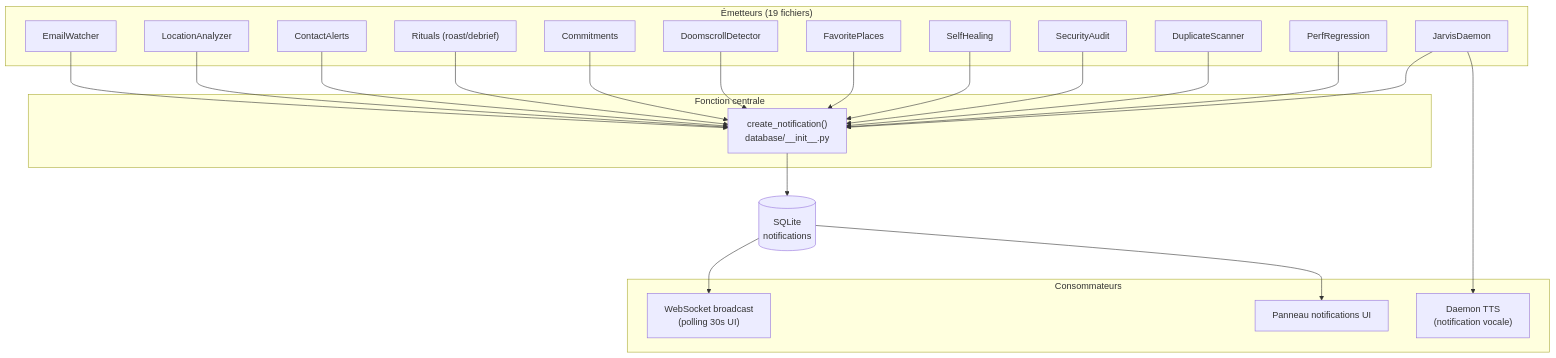
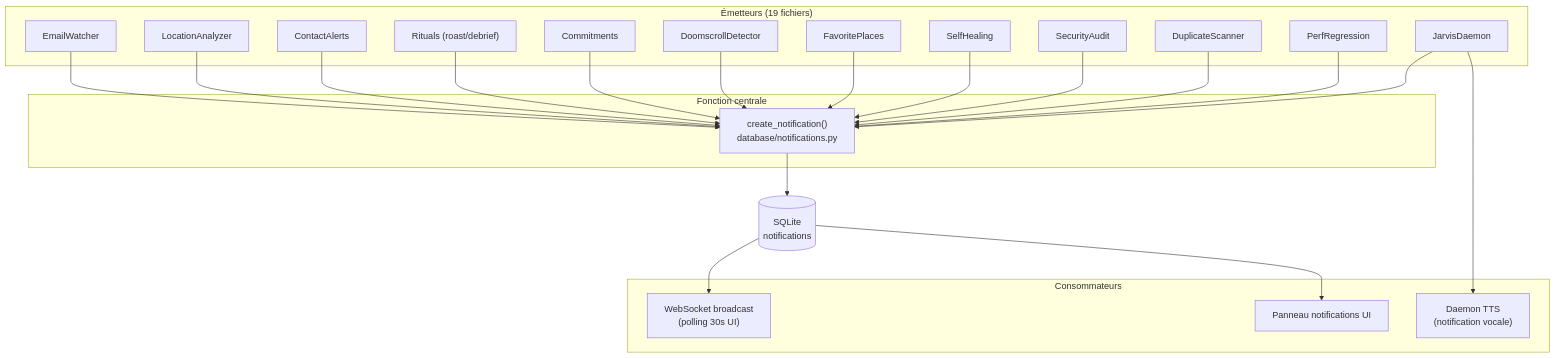
Before and after one commit to AVTAVANTTOUT2/JarvisAPI: the fourth of 5 diagrams in Architecture/01_CARTOGRAPHIE.md, drawn with Mermaid. The commit also changed other lines of this file and 17 other files, not shown here.

````diff
--- a/Architecture/01_CARTOGRAPHIE.md
+++ b/Architecture/01_CARTOGRAPHIE.md
@@ -288,45 +297,45 @@
 ```mermaid
 graph TB
     subgraph "Émetteurs (19 fichiers)"
         EW["EmailWatcher"]
         LA["LocationAnalyzer"]
         CA["ContactAlerts"]
         RIT["Rituals (roast/debrief)"]
         COM["Commitments"]
         DOOM["DoomscrollDetector"]
         FP["FavoritePlaces"]
         SH["SelfHealing"]
         SA["SecurityAudit"]
         DC["DuplicateScanner"]
         PR["PerfRegression"]
         JD["JarvisDaemon"]
     end
     
     subgraph "Fonction centrale"
-        CN["create_notification()<br/>database/__init__.py"]
+        CN["create_notification()<br/>database/notifications.py"]
     end
     
     subgraph "Consommateurs"
         WS["WebSocket broadcast<br/>(polling 30s UI)"]
         TTS["Daemon TTS<br/>(notification vocale)"]
         UI["Panneau notifications UI"]
     end
     
     EW --> CN
     LA --> CN
     CA --> CN
     RIT --> CN
     COM --> CN
     DOOM --> CN
     FP --> CN
     SH --> CN
     SA --> CN
     DC --> CN
     PR --> CN
     JD --> CN
     
     CN --> DB[(SQLite<br/>notifications)]
     DB --> WS
     DB --> UI
     JD --> TTS
 ```
````
